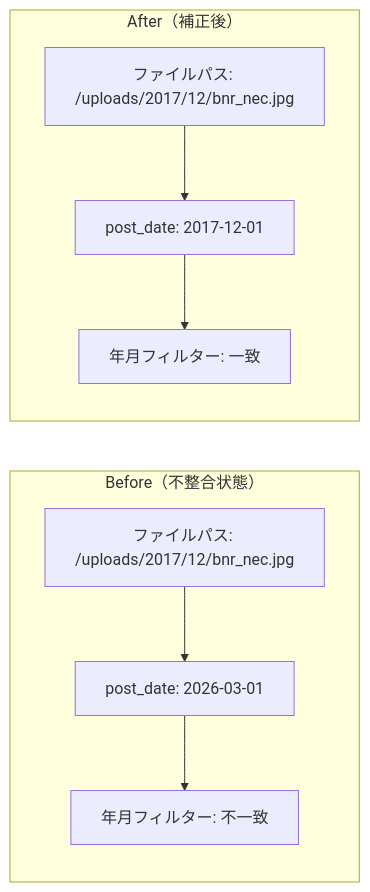
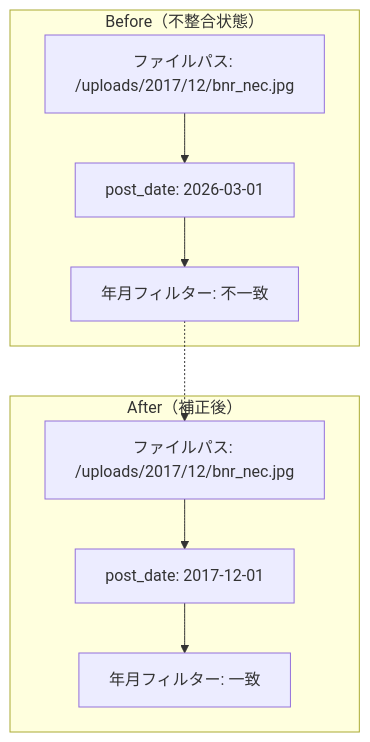
One commit to stein2nd/s2j-media-library-date-corrector changed the first of 2 diagrams in docs/concept.md. Above: the diagram before and after it, drawn with Mermaid.

````diff
--- a/docs/concept.md
+++ b/docs/concept.md
@@ -78,17 +78,19 @@
 ```mermaid
-flowchart LR
+flowchart
 
 subgraph Before["Before（不整合状態）"]
   A1["ファイルパス: /uploads/2017/12/bnr_nec.jpg"]
   A2["post_date: 2026-03-01"]
   A3["年月フィルター: 不一致"]
   A1 --> A2 --> A3
 end
 
 subgraph After["After（補正後）"]
   B1["ファイルパス: /uploads/2017/12/bnr_nec.jpg"]
   B2["post_date: 2017-12-01"]
   B3["年月フィルター: 一致"]
   B1 --> B2 --> B3
 end
+
+A3 -.-> B1
 ```
````
